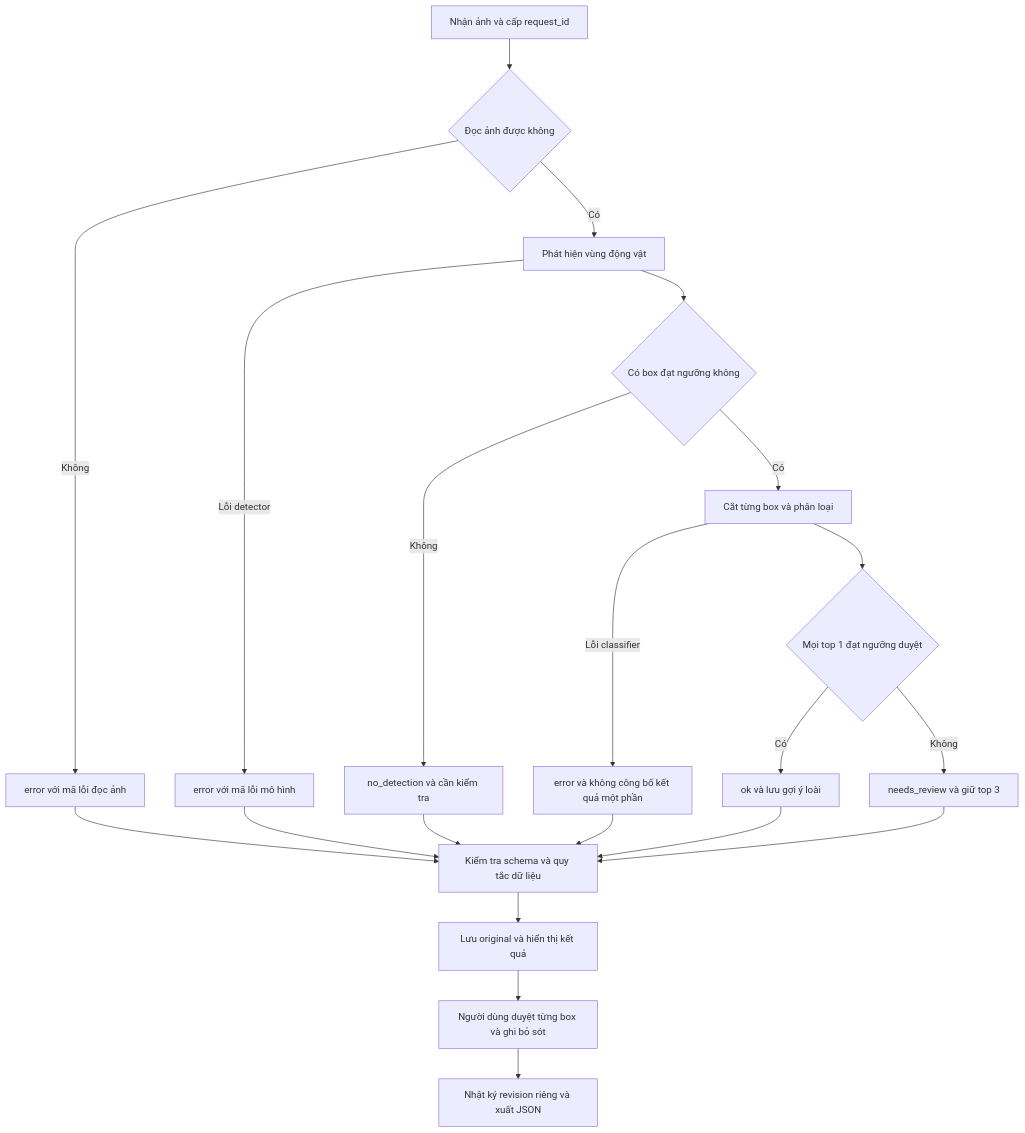
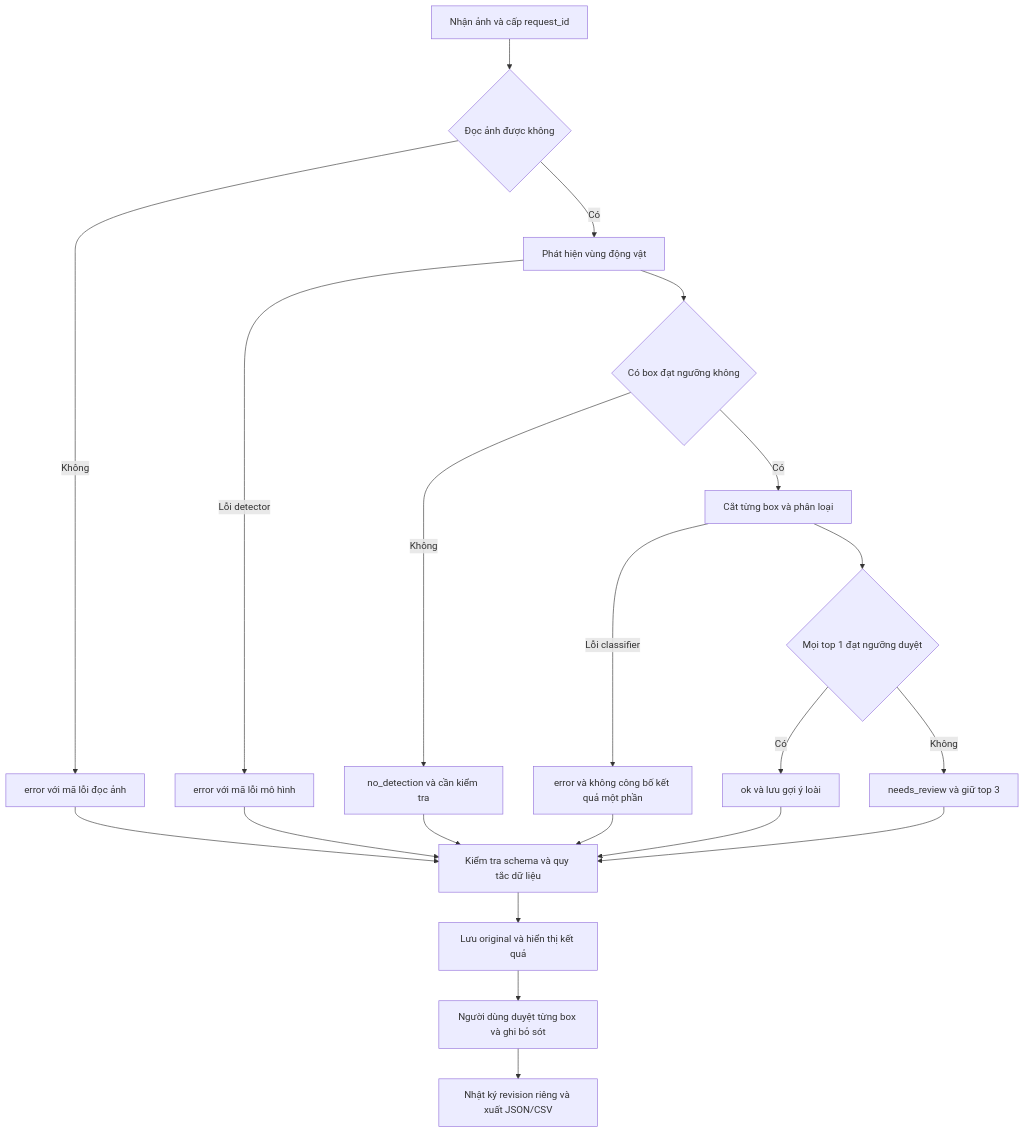
Before and after one commit to huyryan220806/Camera-Trap-ML: the second of 2 diagrams in docs/architecture.md, drawn with Mermaid. The commit also changed other lines of this file and 21 other files, not shown here.

````diff
--- a/docs/architecture.md
+++ b/docs/architecture.md
@@ -50,23 +55,23 @@
 ```mermaid
 flowchart TD
   A[Nhận ảnh và cấp request_id] --> B{Đọc ảnh được không}
   B -->|Không| E[error với mã lỗi đọc ảnh]
   B -->|Có| C[Phát hiện vùng động vật]
   C -->|Lỗi detector| E2[error với mã lỗi mô hình]
   C --> D{Có box đạt ngưỡng không}
   D -->|Không| N[no_detection và cần kiểm tra]
   D -->|Có| F[Cắt từng box và phân loại]
   F -->|Lỗi classifier| E3[error và không công bố kết quả một phần]
   F --> G{Mọi top 1 đạt ngưỡng duyệt}
   G -->|Có| O[ok và lưu gợi ý loài]
   G -->|Không| R[needs_review và giữ top 3]
   O --> V[Kiểm tra schema và quy tắc dữ liệu]
   R --> V
   N --> V
   E --> V
   E2 --> V
   E3 --> V
   V --> U[Lưu original và hiển thị kết quả]
   U --> R2[Người dùng duyệt từng box và ghi bỏ sót]
-  R2 --> J[Nhật ký revision riêng và xuất JSON]
+  R2 --> J[Nhật ký revision riêng và xuất JSON/CSV]
 ```
````
